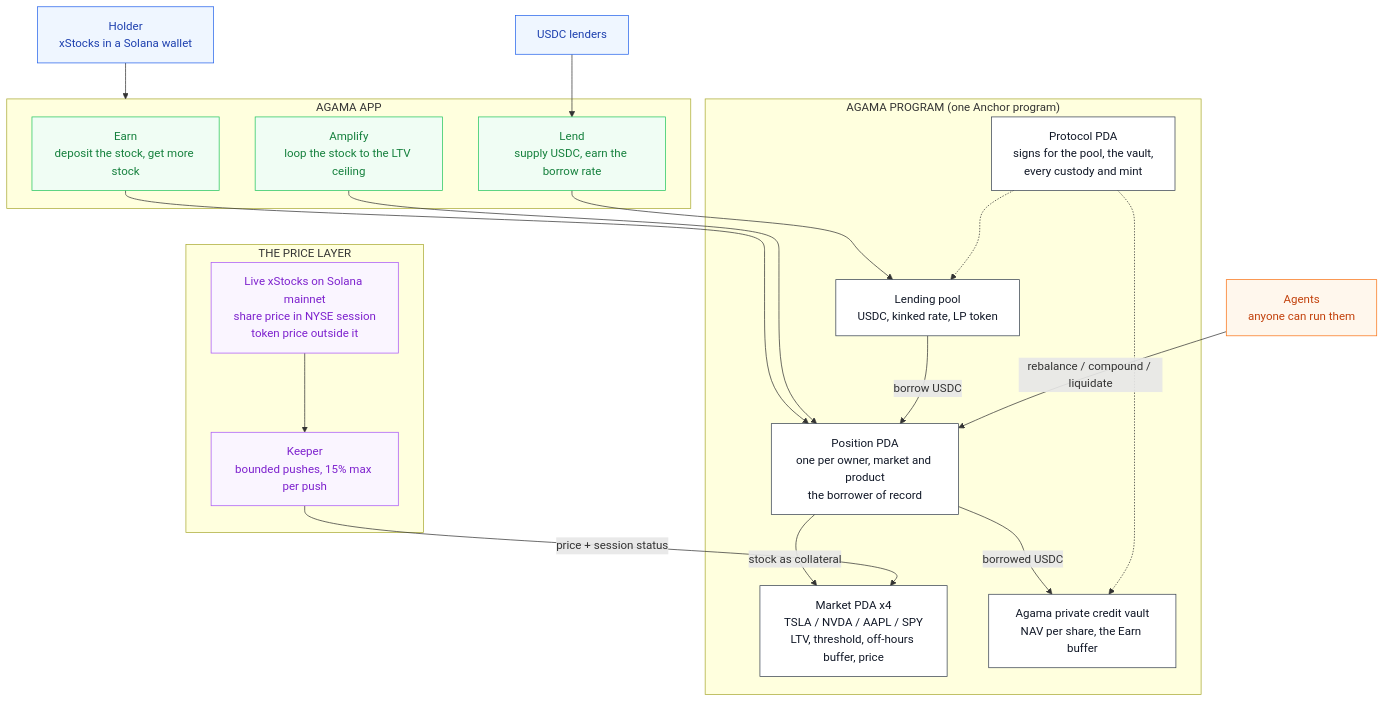
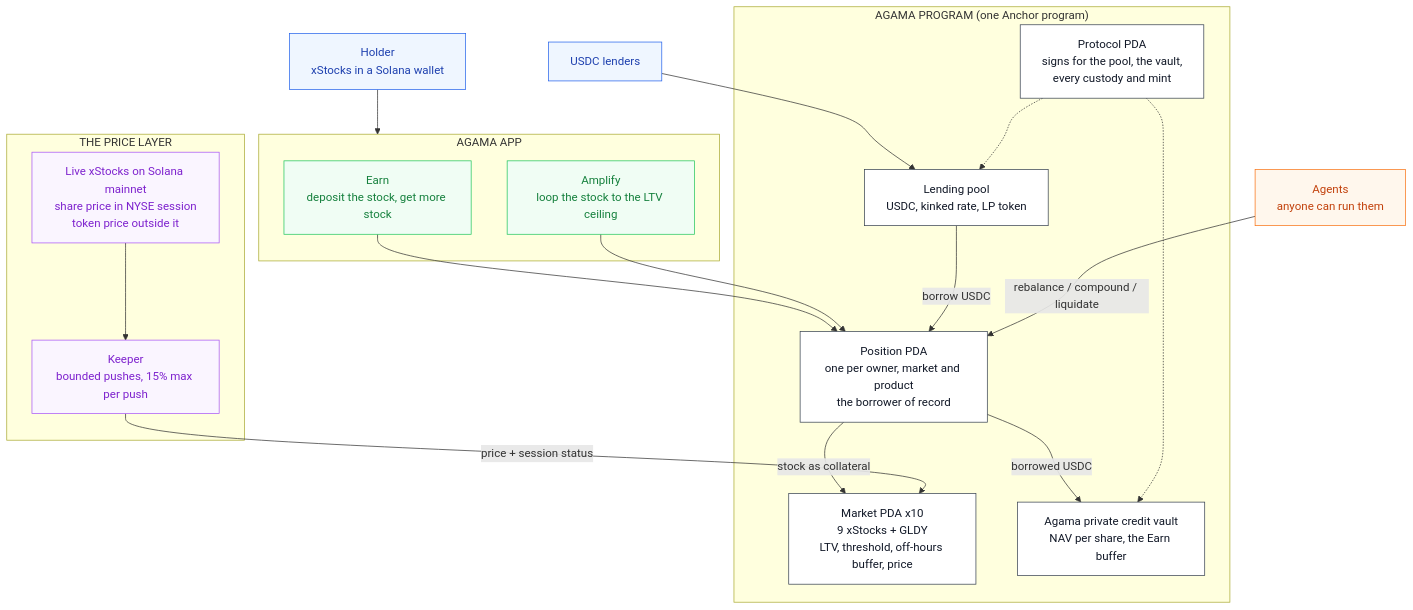
Before and after one commit to agamafinance/agama-solana: the diagram in README.md, drawn with Mermaid. The commit also changed other lines of this file and 21 other files, not shown here.

````diff
--- a/README.md
+++ b/README.md
@@ -18,51 +18,49 @@
 ```mermaid
 flowchart TB
     USER["Holder<br/>xStocks in a Solana wallet"]
 
     subgraph app["AGAMA APP"]
         EARN["Earn<br/>deposit the stock, get more stock"]
         AMP["Amplify<br/>loop the stock to the LTV ceiling"]
-        LEND["Lend<br/>supply USDC, earn the borrow rate"]
     end
 
     subgraph program["AGAMA PROGRAM (one Anchor program)"]
         POS["Position PDA<br/>one per owner, market and product<br/>the borrower of record"]
-        MKT["Market PDA x4<br/>TSLA / NVDA / AAPL / SPY<br/>LTV, threshold, off-hours buffer, price"]
+        MKT["Market PDA x10<br/>9 xStocks + GLDY<br/>LTV, threshold, off-hours buffer, price"]
         POOL["Lending pool<br/>USDC, kinked rate, LP token"]
         VAULT["Agama private credit vault<br/>NAV per share, the Earn buffer"]
         PROTO["Protocol PDA<br/>signs for the pool, the vault,<br/>every custody and mint"]
     end
 
     subgraph price["THE PRICE LAYER"]
         KEEPER["Keeper<br/>bounded pushes, 15% max per push"]
         JUP["Live xStocks on Solana mainnet<br/>share price in NYSE session<br/>token price outside it"]
     end
 
     AGENTS["Agents<br/>anyone can run them"]
     LENDERS["USDC lenders"]
 
     USER --> app
     EARN --> POS
     AMP --> POS
-    LEND --> POOL
-    LENDERS --> LEND
+    LENDERS --> POOL
     POS -->|"stock as collateral"| MKT
     POOL -->|"borrow USDC"| POS
     POS -->|"borrowed USDC"| VAULT
     AGENTS -->|"rebalance / compound / liquidate"| POS
     JUP --> KEEPER -->|"price + session status"| MKT
     PROTO -.-> POOL
     PROTO -.-> VAULT
 
     classDef actor fill:#eff6ff,stroke:#2563eb,color:#1e40af
     classDef product fill:#f0fdf4,stroke:#22c55e,color:#15803d
     classDef core fill:#ffffff,stroke:#374151,color:#111827
     classDef oracle fill:#faf5ff,stroke:#a855f7,color:#7e22ce
     classDef bot fill:#fff7ed,stroke:#f97316,color:#c2410c
 
     class USER,LENDERS actor
-    class EARN,AMP,LEND product
+    class EARN,AMP product
     class POS,MKT,POOL,VAULT,PROTO core
     class KEEPER,JUP oracle
     class AGENTS bot
 ```
````
